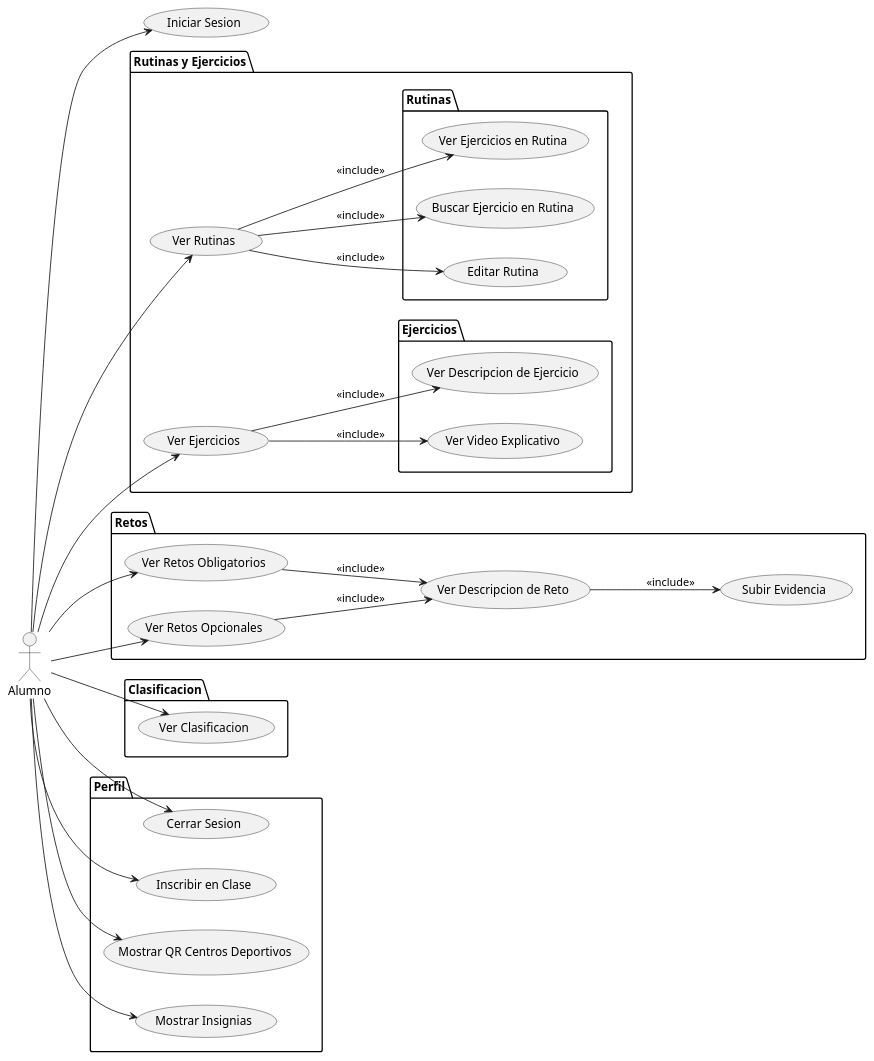
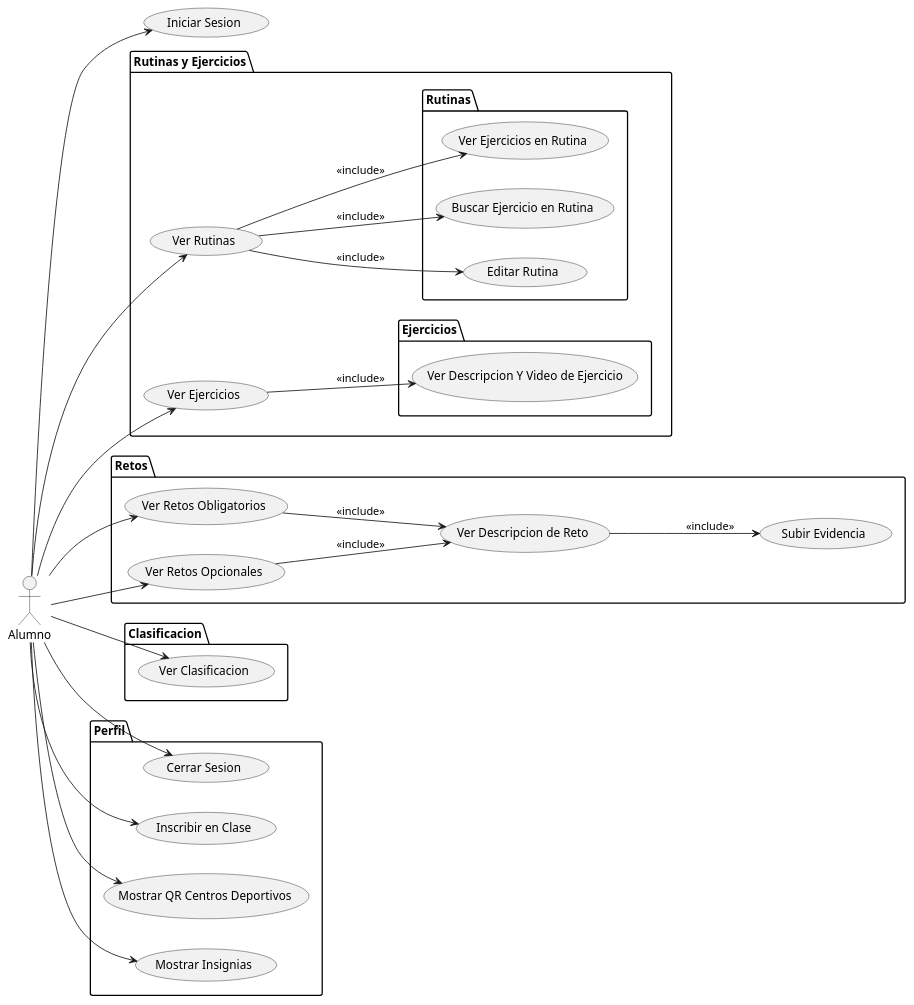
One commit to mmasias/24-25-IdSw1-SDR changed the diagram in Documentos/CasosUso/CdU_Alumno.puml. Above: the diagram before and after it, drawn with PlantUML.

```diff
--- a/Documentos/CasosUso/CdU_Alumno.puml
+++ b/Documentos/CasosUso/CdU_Alumno.puml
@@ -1,62 +1,62 @@
 @startuml
 left to right direction
 actor Alumno
 
 package "Rutinas y Ejercicios" {
     usecase "Ver Rutinas" as VerRutinas
     usecase "Ver Ejercicios" as VerEjercicios
 
     package "Rutinas" {
         usecase "Editar Rutina" as EditarRutina
         usecase "Buscar Ejercicio en Rutina" as BuscarEjercicioEnRutina
         usecase "Ver Ejercicios en Rutina" as VerEjerciciosEnRutina
     }
 
     package "Ejercicios" {
-        usecase "Ver Video Explicativo" as VerVideoExplicativo
-        usecase "Ver Descripcion de Ejercicio" as VerDescripcionEjercicio
+
+        usecase "Ver Descripcion Y Video de Ejercicio" as VerDescripcionYVideoEjercicio
     }
 }
 
 package Retos {
     usecase "Ver Retos Obligatorios" as VerRetosObligatorios
     usecase "Ver Retos Opcionales" as VerRetosOpcionales
     usecase "Subir Evidencia" as SubirEvidencia
     usecase "Ver Descripcion de Reto" as VerDescripcionReto
 }
 
 package Clasificacion {
     usecase "Ver Clasificacion" as VerClasificacion
 }
 
 package Perfil {
     usecase "Cerrar Sesion" as CerrarSesion
     usecase "Inscribir en Clase" as InscribirEnClase
     usecase "Mostrar QR Centros Deportivos" as MostrarQRCentros
     usecase "Mostrar Insignias" as MostrarInsignias
 }
 
 usecase "Iniciar Sesion" as IniciarSesion
 
 Alumno --> IniciarSesion
 Alumno --> VerRutinas
 Alumno --> VerEjercicios
 Alumno --> VerRetosObligatorios
 Alumno --> VerRetosOpcionales
 Alumno --> VerClasificacion
 Alumno --> CerrarSesion
 Alumno --> InscribirEnClase
 Alumno --> MostrarQRCentros
 Alumno --> MostrarInsignias
 
 VerRutinas --> EditarRutina : <<include>>
 VerRutinas --> BuscarEjercicioEnRutina : <<include>>
 VerRutinas --> VerEjerciciosEnRutina : <<include>>
 
-VerEjercicios --> VerVideoExplicativo : <<include>>
-VerEjercicios --> VerDescripcionEjercicio : <<include>>
+
+VerEjercicios --> VerDescripcionYVideoEjercicio : <<include>>
 
 VerRetosObligatorios --> VerDescripcionReto : <<include>>
 VerRetosOpcionales --> VerDescripcionReto : <<include>>
 VerDescripcionReto --> SubirEvidencia : <<include>>
 @enduml
```
